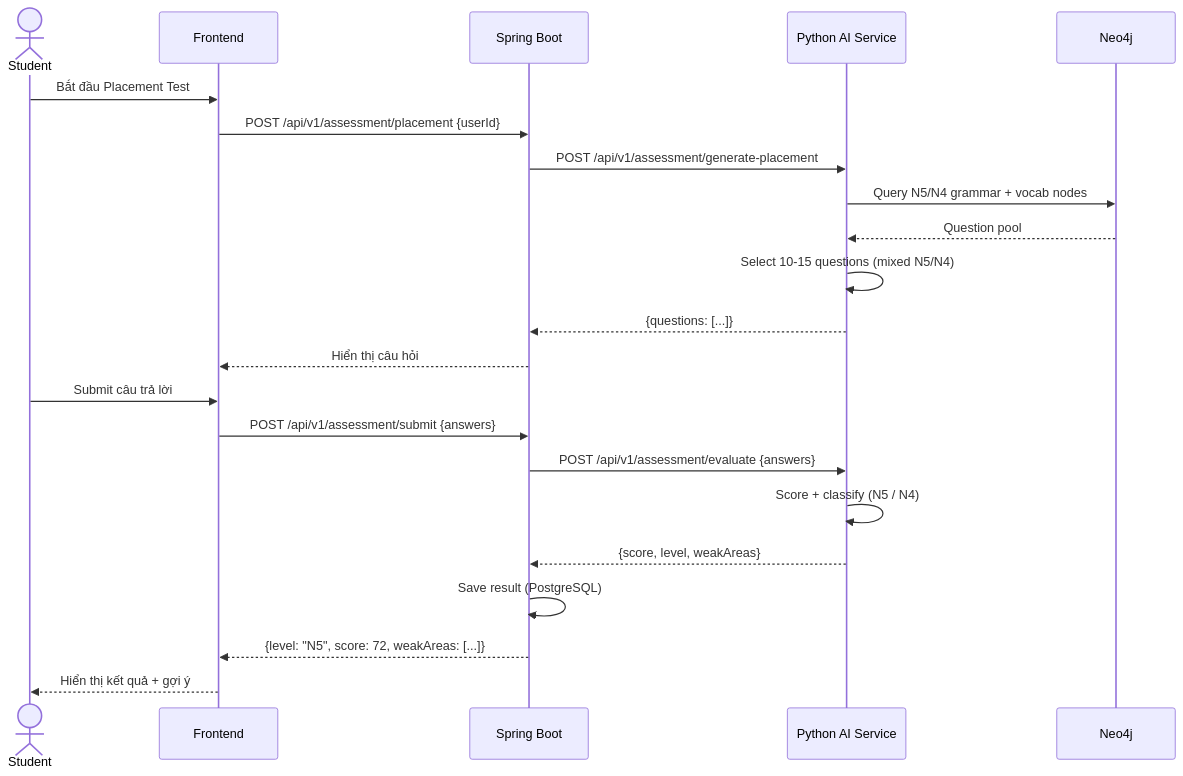
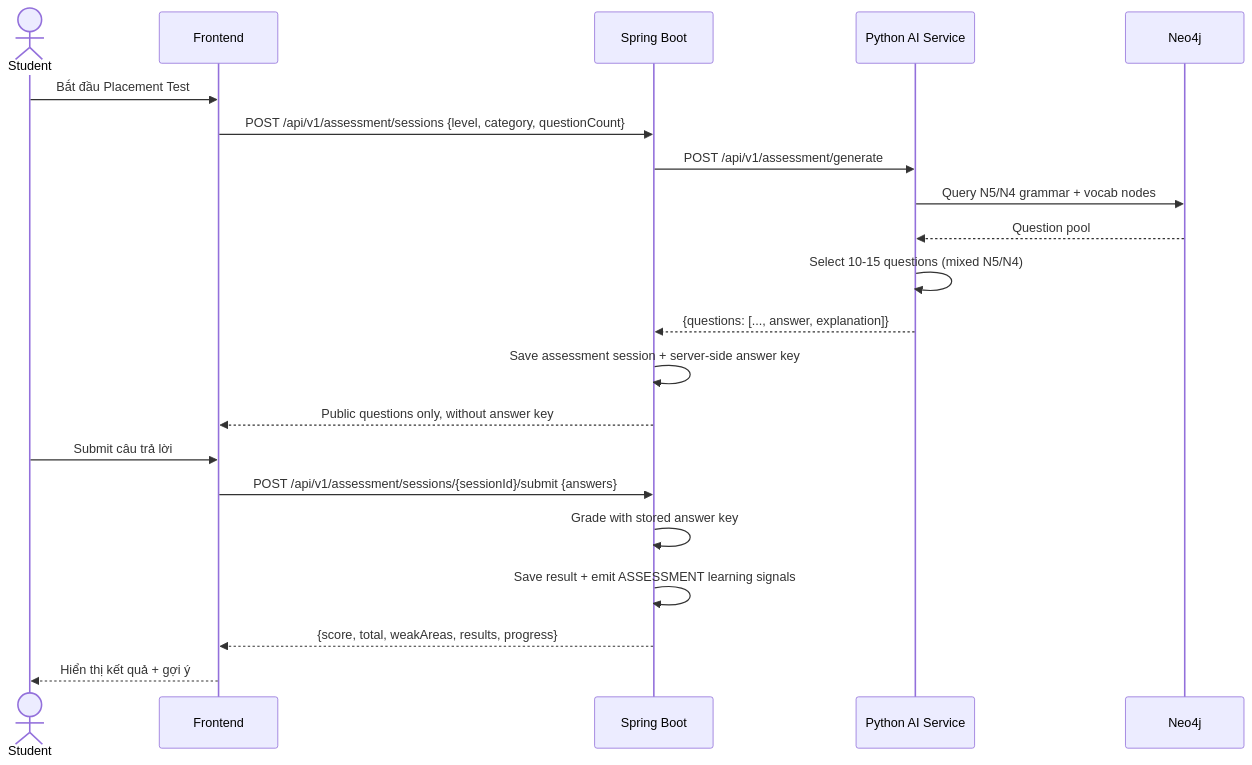
One commit to dyhieu-2509/JPLearning-Assistant changed the fourth of 7 diagrams in docs/SRS.md. Above: the diagram before and after it, drawn with Mermaid. The commit also changed other lines of this file, not shown here.

````diff
--- a/docs/SRS.md
+++ b/docs/SRS.md
@@ -292,29 +292,28 @@
 ```mermaid
 sequenceDiagram
     actor S as Student
     participant FE as Frontend
     participant SB as Spring Boot
     participant AI as Python AI Service
     participant N4J as Neo4j
 
     S->>FE: Bắt đầu Placement Test
-    FE->>SB: POST /api/v1/assessment/placement {userId}
-    SB->>AI: POST /api/v1/assessment/generate-placement
+    FE->>SB: POST /api/v1/assessment/sessions {level, category, questionCount}
+    SB->>AI: POST /api/v1/assessment/generate
 
     AI->>N4J: Query N5/N4 grammar + vocab nodes
     N4J-->>AI: Question pool
 
     AI->>AI: Select 10-15 questions (mixed N5/N4)
-    AI-->>SB: {questions: [...]}
-    SB-->>FE: Hiển thị câu hỏi
+    AI-->>SB: {questions: [..., answer, explanation]}
+    SB->>SB: Save assessment session + server-side answer key
+    SB-->>FE: Public questions only, without answer key
 
     S->>FE: Submit câu trả lời
-    FE->>SB: POST /api/v1/assessment/submit {answers}
-    SB->>AI: POST /api/v1/assessment/evaluate {answers}
-    AI->>AI: Score + classify (N5 / N4)
-    AI-->>SB: {score, level, weakAreas}
+    FE->>SB: POST /api/v1/assessment/sessions/{sessionId}/submit {answers}
+    SB->>SB: Grade with stored answer key
 
-    SB->>SB: Save result (PostgreSQL)
-    SB-->>FE: {level: "N5", score: 72, weakAreas: [...]}
+    SB->>SB: Save result + emit ASSESSMENT learning signals
+    SB-->>FE: {score, total, weakAreas, results, progress}
     FE-->>S: Hiển thị kết quả + gợi ý
 ```
````
